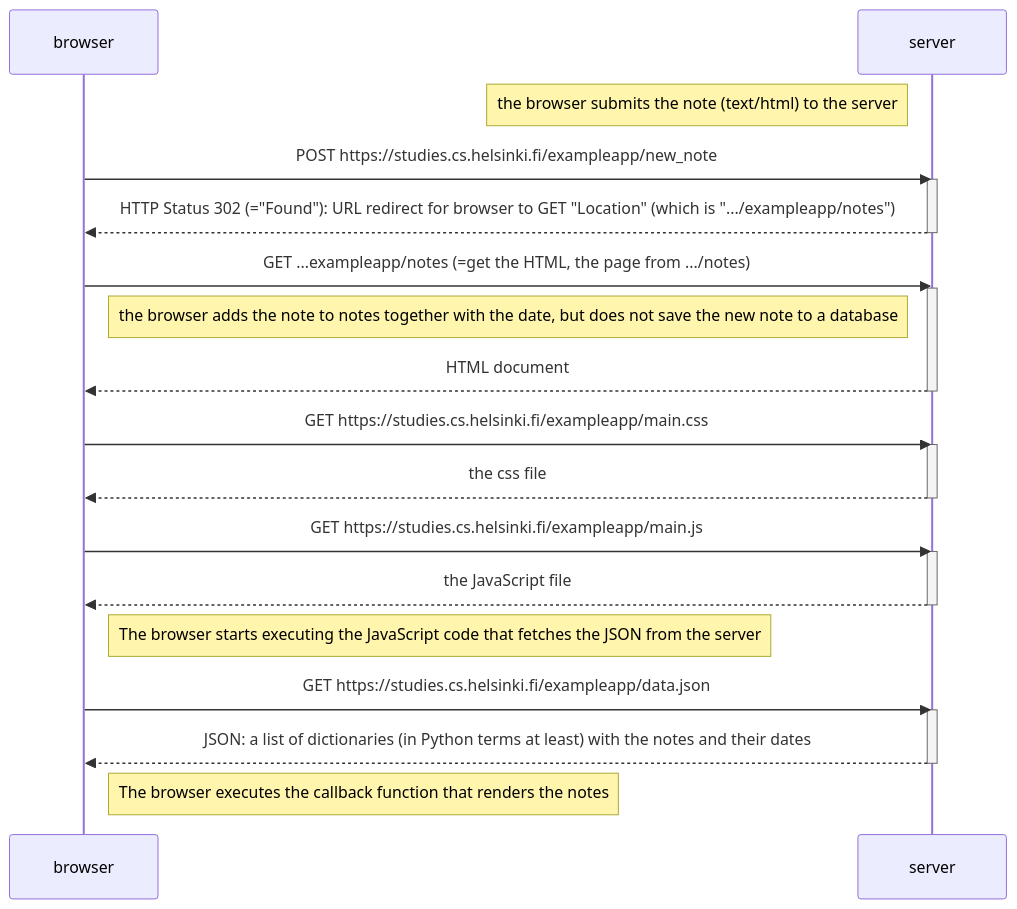
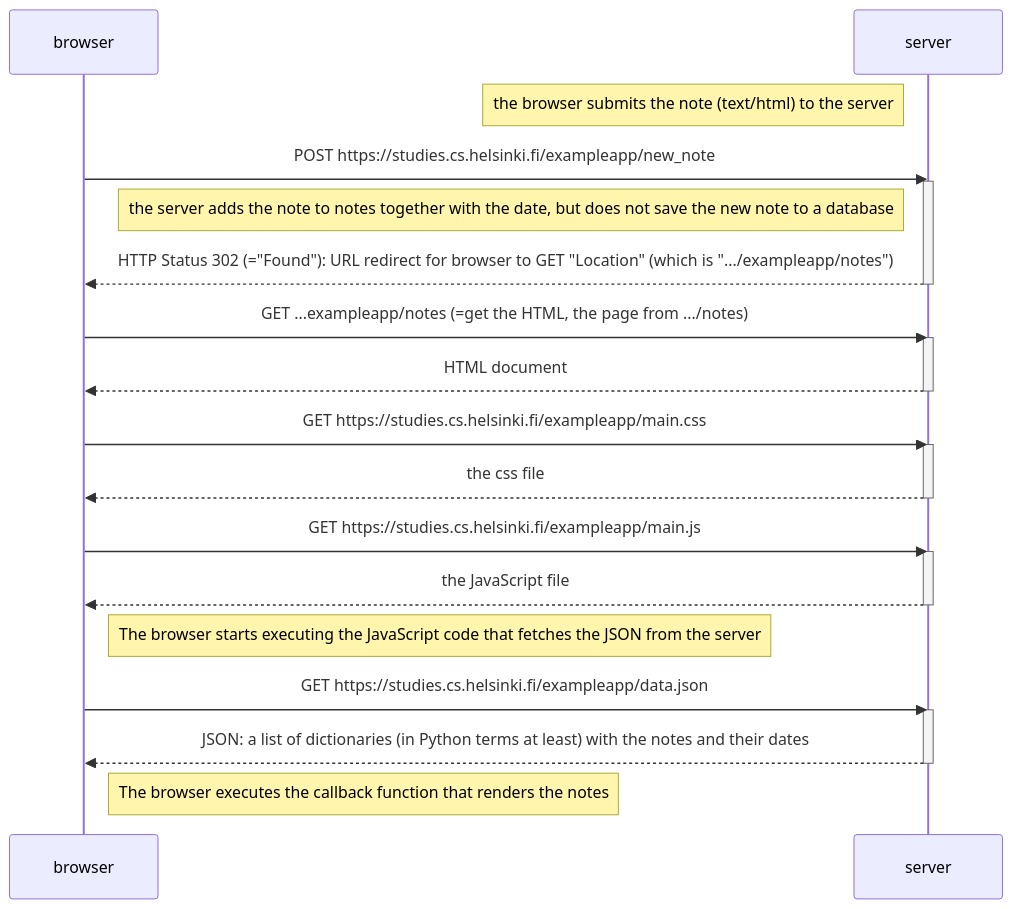
The diagram in part0/tehtava0_4_New_note_diagram.md (kwantton/full_stack_open_2024), drawn with Mermaid before and after one commit.

Commit message:
Update tehtava0_4_New_note_diagram.md
Fixed the new comment box location (maybe c:)

````diff
--- a/part0/tehtava0_4_New_note_diagram.md
+++ b/part0/tehtava0_4_New_note_diagram.md
@@ -5,37 +5,38 @@
 ```mermaid
 sequenceDiagram
     participant browser
     participant server
 
 Note left of server: the browser submits the note (text/html) to the server
+
 browser->>server: POST https://studies.cs.helsinki.fi/exampleapp/new_note
     activate server
+Note left of server: the server adds the note to notes together with the date, but does not save the new note to a database
     server-->>browser: HTTP Status 302 (="Found"): URL redirect for browser to GET "Location" (which is ".../exampleapp/notes")
     deactivate server
 
     browser->>server: GET ...exampleapp/notes (=get the HTML, the page from .../notes)
     activate server
-Note left of server: the browser adds the note to notes together with the date, but does not save the new note to a database
     server-->>browser: HTML document
     deactivate server
 
     browser->>server: GET https://studies.cs.helsinki.fi/exampleapp/main.css
     activate server
     server-->>browser: the css file
     deactivate server
 
     browser->>server: GET https://studies.cs.helsinki.fi/exampleapp/main.js
     activate server
     server-->>browser: the JavaScript file
     deactivate server
 
     Note right of browser: The browser starts executing the JavaScript code that fetches the JSON from the server
 
     browser->>server: GET https://studies.cs.helsinki.fi/exampleapp/data.json
     activate server
     server-->>browser: JSON: a list of dictionaries (in Python terms at least) with the notes and their dates
     deactivate server
 
     Note right of browser: The browser executes the callback function that renders the notes
 
 ```
````
